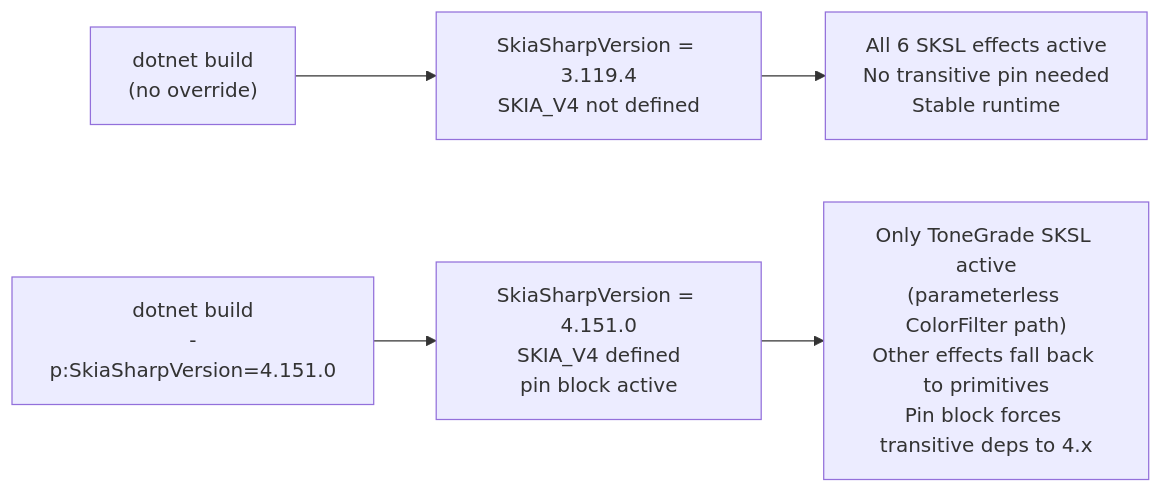
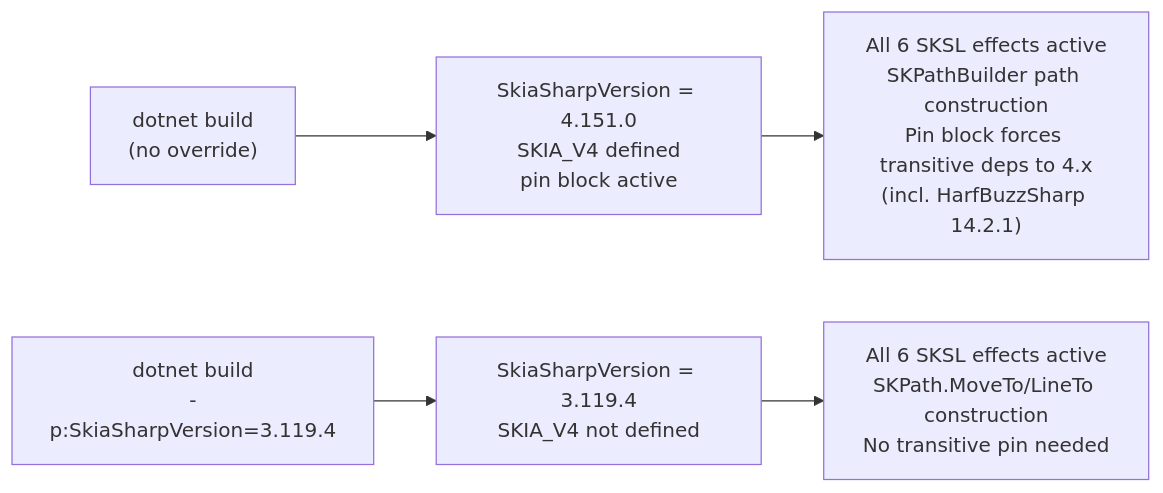
The tenth of 10 diagrams in Docs/UnoGallery/DESIGN.md (KahuaPlatform/skiasharp4-demos), drawn with Mermaid before and after one commit. The commit also changed other lines of this file and 11 other files, not shown here.

````diff
--- a/Docs/UnoGallery/DESIGN.md
+++ b/Docs/UnoGallery/DESIGN.md
@@ -455,8 +471,8 @@
 ```mermaid
 flowchart LR
-    Default["dotnet build<br/>(no override)"] --> V3["SkiaSharpVersion = 3.119.4<br/>SKIA_V4 not defined"]
-    Override["dotnet build<br/>-p:SkiaSharpVersion=4.151.0"] --> V4["SkiaSharpVersion = 4.151.0<br/>SKIA_V4 defined<br/>pin block active"]
+    Default["dotnet build<br/>(no override)"] --> V4["SkiaSharpVersion = 4.151.0<br/>SKIA_V4 defined<br/>pin block active"]
+    Override["dotnet build<br/>-p:SkiaSharpVersion=3.119.4"] --> V3["SkiaSharpVersion = 3.119.4<br/>SKIA_V4 not defined"]
 
-    V3 --> Outcome3["All 6 SKSL effects active<br/>No transitive pin needed<br/>Stable runtime"]
-    V4 --> Outcome4["Only ToneGrade SKSL active<br/>(parameterless ColorFilter path)<br/>Other effects fall back to primitives<br/>Pin block forces transitive deps to 4.x"]
+    V4 --> Outcome4["All 6 SKSL effects active<br/>SKPathBuilder path construction<br/>Pin block forces transitive deps to 4.x<br/>(incl. HarfBuzzSharp 14.2.1)"]
+    V3 --> Outcome3["All 6 SKSL effects active<br/>SKPath.MoveTo/LineTo construction<br/>No transitive pin needed"]
 ```
````
